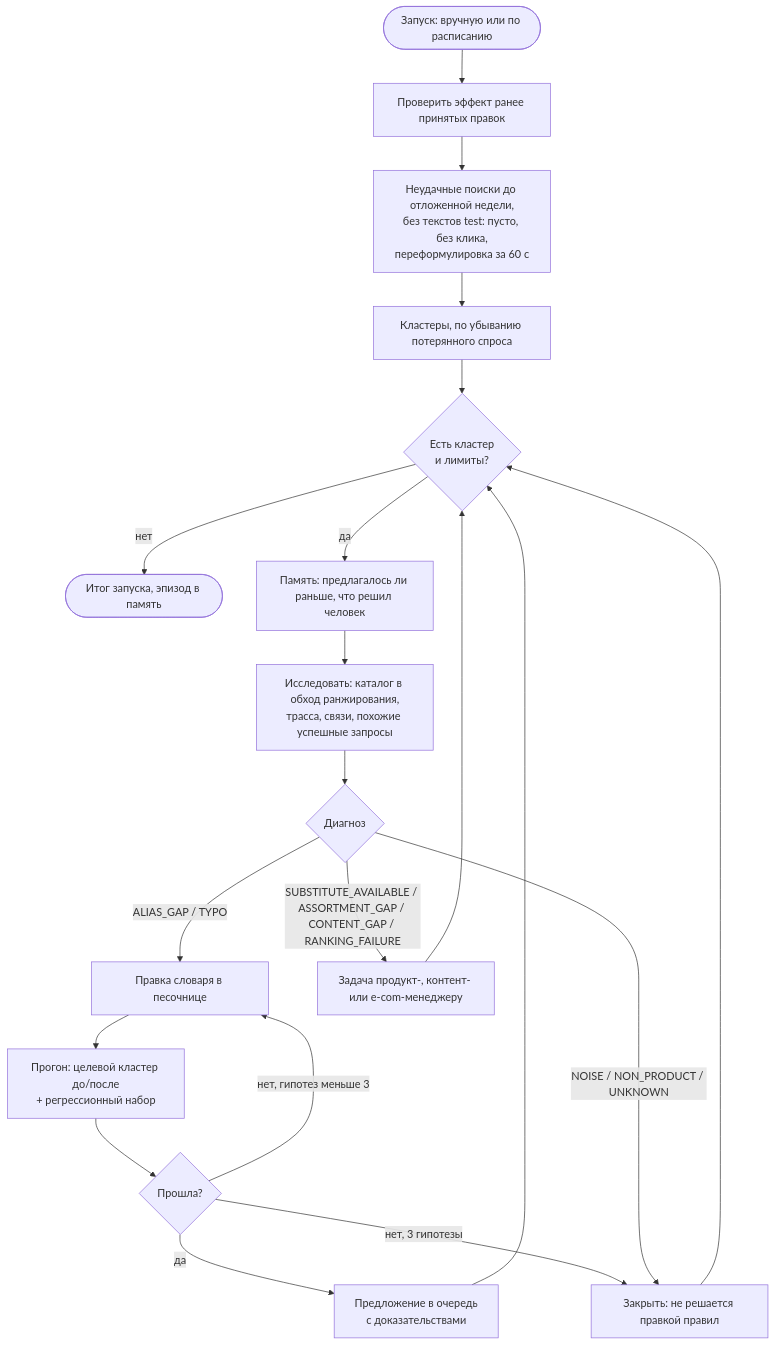
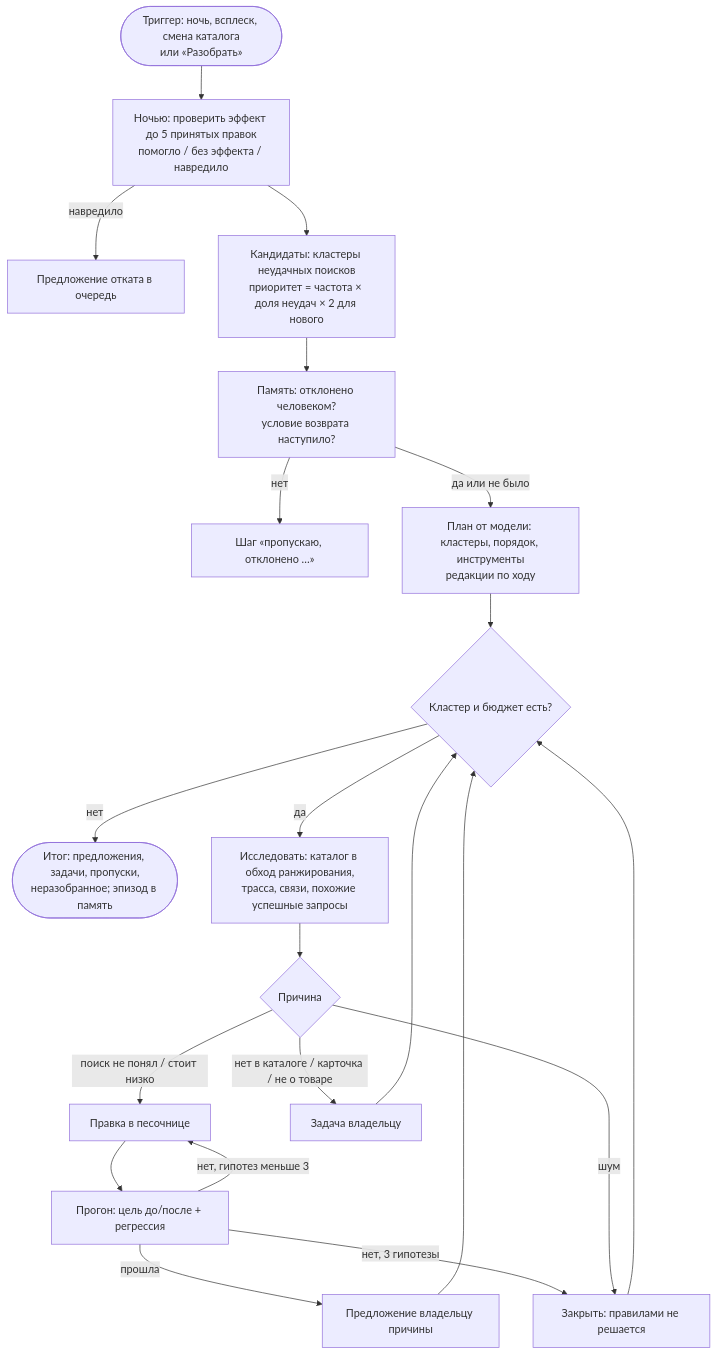
The third of 5 diagrams in docs/ARCHITECTURE.md (olegator-rus/rokotovka-plexet-kuznitsa), drawn with Mermaid before and after one commit. The commit also changed other lines of this file and 9 other files, not shown here.

````diff
--- a/docs/ARCHITECTURE.md
+++ b/docs/ARCHITECTURE.md
@@ -213,22 +264,23 @@
 ```mermaid
 flowchart TD
-    start([Запуск: вручную или по расписанию]) --> verify[Проверить эффект ранее принятых правок]
-    verify --> failed[Неудачные поиски до отложенной недели,<br/>без текстов test: пусто, без клика,<br/>переформулировка за 60 с]
-    failed --> clusters[Кластеры, по убыванию потерянного спроса]
-    clusters --> next{Есть кластер<br/>и лимиты?}
-    next -- нет --> finish([Итог запуска, эпизод в память])
-    next -- да --> memory[Память: предлагалось ли раньше, что решил человек]
-    memory --> explore[Исследовать: каталог в обход ранжирования,<br/>трасса, связи, похожие успешные запросы]
-    explore --> diag{Диагноз}
-    diag -- ALIAS_GAP / TYPO --> patch[Правка словаря в песочнице]
-    patch --> run[Прогон: целевой кластер до/после<br/>+ регрессионный набор]
-    run --> pass{Прошла?}
-    pass -- да --> queue[Предложение в очередь<br/>с доказательствами]
-    pass -- нет, гипотез меньше 3 --> patch
-    pass -- нет, 3 гипотезы --> close[Закрыть: не решается правкой правил]
-    diag -- SUBSTITUTE_AVAILABLE / ASSORTMENT_GAP / CONTENT_GAP / RANKING_FAILURE --> ticket[Задача продукт-, контент- или e-com-менеджеру]
-    diag -- NOISE / NON_PRODUCT / UNKNOWN --> close
+    trig([Триггер: ночь, всплеск, смена каталога<br/>или «Разобрать»]) --> effect[Ночью: проверить эффект до 5 принятых правок<br/>помогло / без эффекта / навредило]
+    effect -- навредило --> rb[Предложение отката в очередь]
+    effect --> cand[Кандидаты: кластеры неудачных поисков<br/>приоритет = частота × доля неудач × 2 для нового]
+    cand --> mem[Память: отклонено человеком?<br/>условие возврата наступило?]
+    mem -- нет --> skip[Шаг «пропускаю, отклонено …»]
+    mem -- да или не было --> plan[План от модели: кластеры, порядок, инструменты<br/>редакции по ходу]
+    plan --> next{Кластер и бюджет есть?}
+    next -- нет --> finish([Итог: предложения, задачи, пропуски,<br/>неразобранное; эпизод в память])
+    next -- да --> explore[Исследовать: каталог в обход ранжирования,<br/>трасса, связи, похожие успешные запросы]
+    explore --> diag{Причина}
+    diag -- поиск не понял / стоит низко --> patch[Правка в песочнице]
+    patch --> run[Прогон: цель до/после + регрессия]
+    run -- прошла --> queue[Предложение владельцу причины]
+    run -- нет, гипотез меньше 3 --> patch
+    run -- нет, 3 гипотезы --> close[Закрыть: правилами не решается]
+    diag -- нет в каталоге / карточка / не о товаре --> ticket[Задача владельцу]
+    diag -- шум --> close
     queue --> next
     ticket --> next
     close --> next
 ```
````
